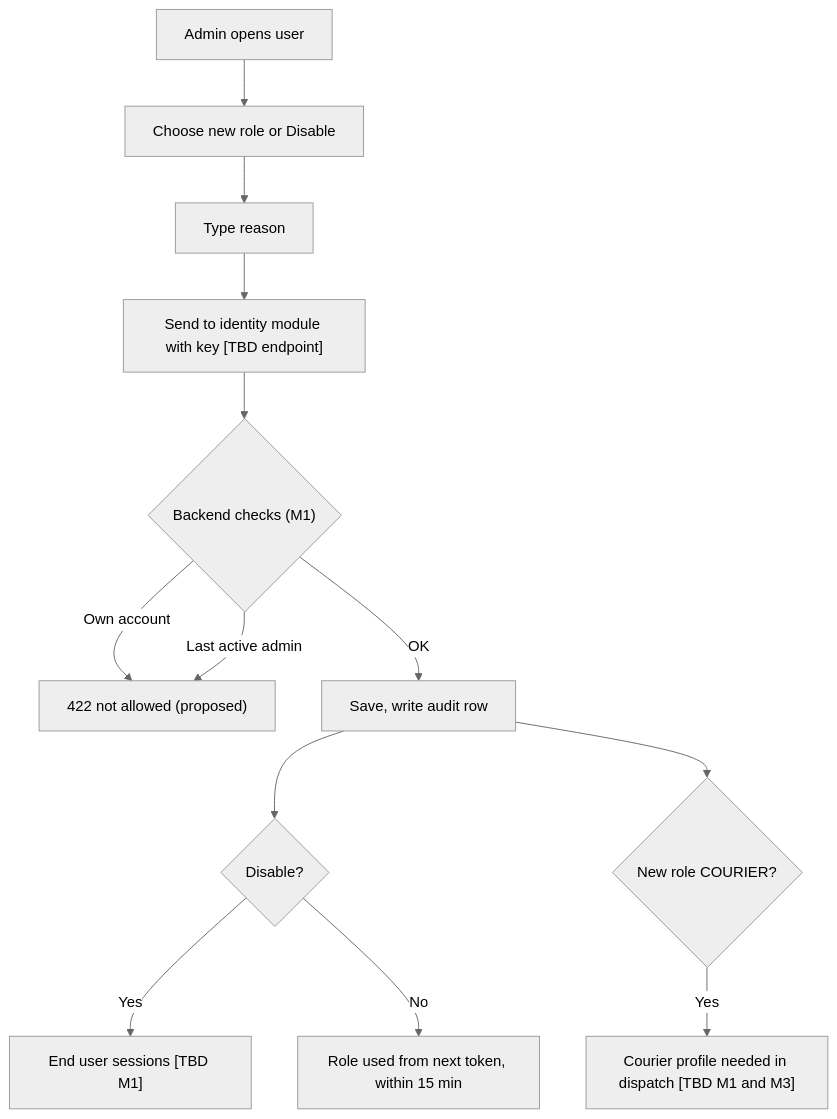
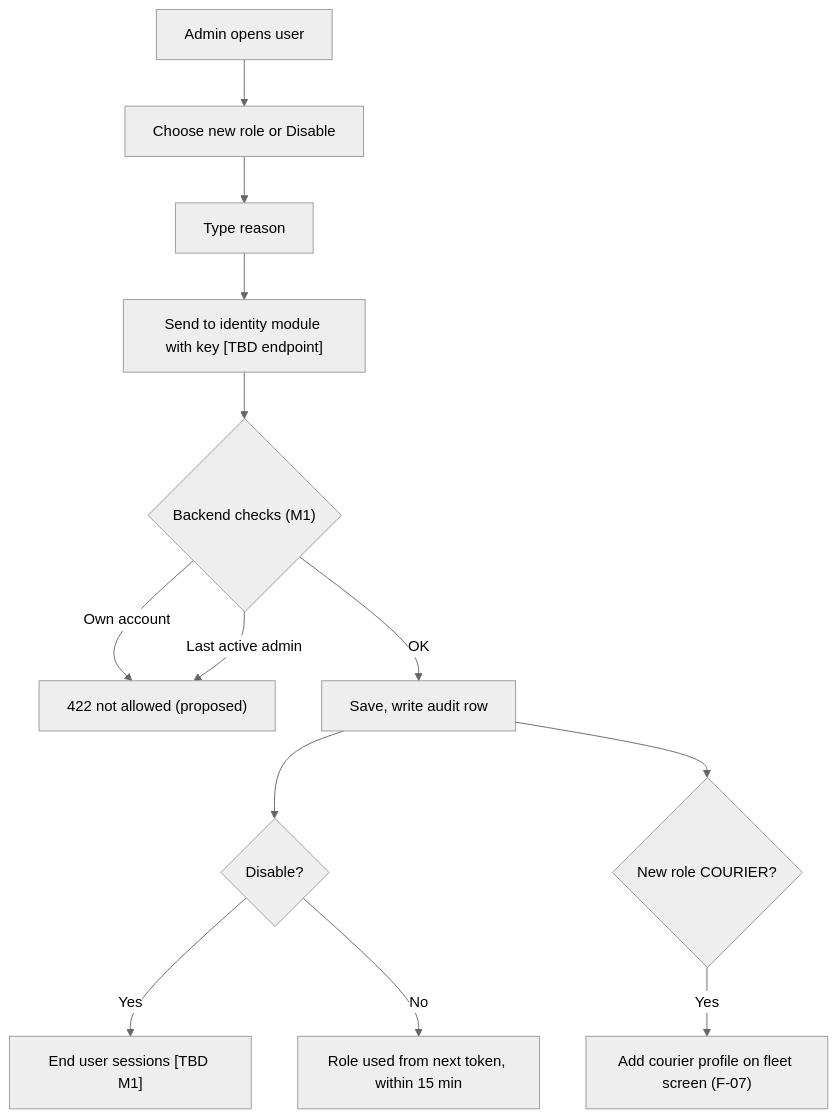
Diagram 24 of 55 in docs/drafts/member-07-dispatcher-admin-web-gateway/doc-02-functional-flows-and-business-rules.md (phantomTroupeEAD/SwiftDrop), drawn with Mermaid (neutral theme) before and after one commit. The commit also changed other lines of this file and 125 other files, not shown here.

````diff
--- a/docs/drafts/member-07-dispatcher-admin-web-gateway/doc-02-functional-flows-and-business-rules.md
+++ b/docs/drafts/member-07-dispatcher-admin-web-gateway/doc-02-functional-flows-and-business-rules.md
@@ -785,15 +788,15 @@
 ```mermaid
 flowchart TD
     A["Admin opens user"] --> B["Choose new role or Disable"]
     B --> C["Type reason"]
     C --> D["Send to identity module with key [TBD endpoint]"]
     D --> E{"Backend checks (M1)"}
     E -- "Own account" --> X["422 not allowed (proposed)"]
     E -- "Last active admin" --> X
     E -- "OK" --> F["Save, write audit row"]
     F --> G{"Disable?"}
     G -- "Yes" --> H["End user sessions [TBD M1]"]
     G -- "No" --> I["Role used from next token, within 15 min"]
     F --> J{"New role COURIER?"}
-    J -- "Yes" --> K["Courier profile needed in dispatch [TBD M1 and M3]"]
+    J -- "Yes" --> K["Add courier profile on fleet screen (F-07)"]
 ```
````
